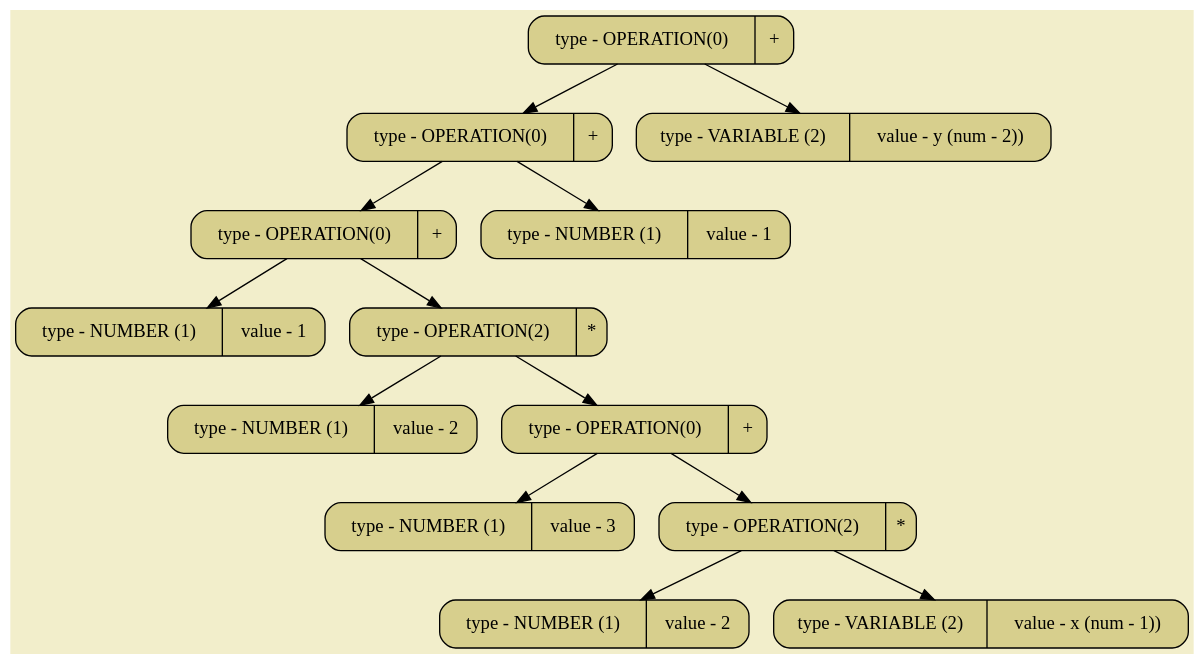
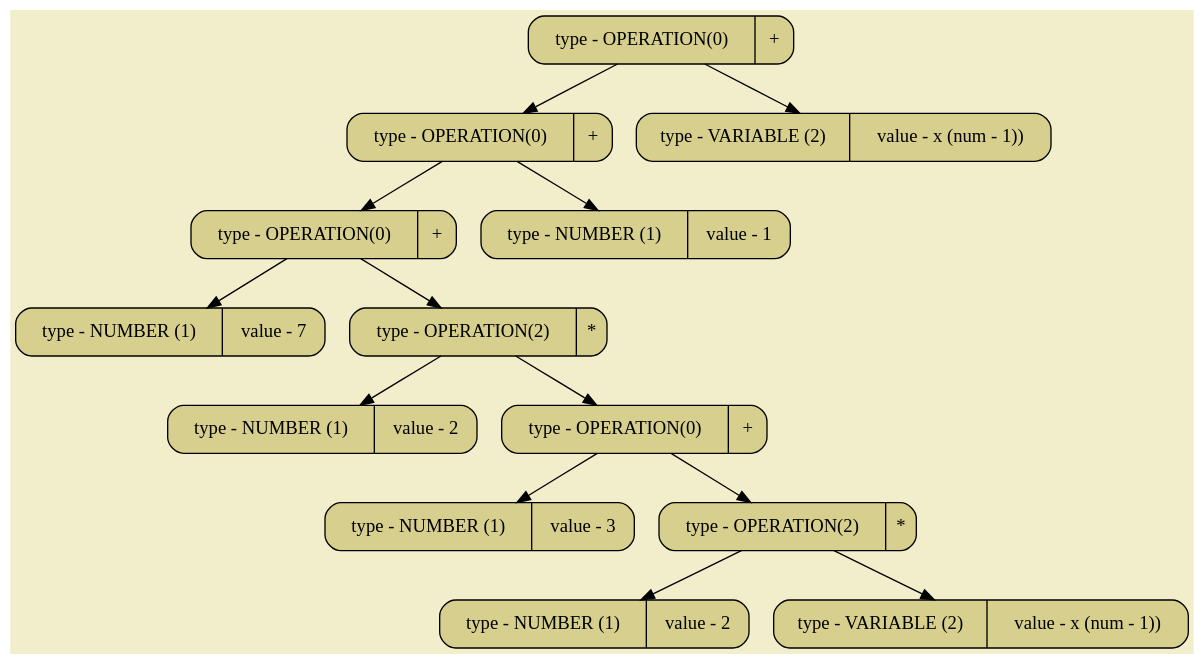
The diagram in pictures/image02.dot (SashaKhaytina/Differenciator), drawn with Graphviz before and after one commit. The commit also changed 18 other files, not shown here.

```diff
--- a/pictures/image02.dot
+++ b/pictures/image02.dot
@@ -1,30 +1,30 @@
 digraph
 {
 bgcolor="#F2EECB";
 rankdir = TB;
-POINT_0x5fe5ba3a3650[shape=Mrecord, label = "type - OPERATION(0) | +", style="filled",fillcolor="#D7CF8D"]
-POINT_0x5fe5ba3a3610[shape=Mrecord, label = "type - OPERATION(0) | +", style="filled",fillcolor="#D7CF8D"]
-POINT_0x5fe5ba3a35d0[shape=Mrecord, label = "type - OPERATION(0) | +", style="filled",fillcolor="#D7CF8D"]
-POINT_0x5fe5ba3a3490[shape=Mrecord, label = "type - NUMBER (1) | value - 1", style="filled",fillcolor="#D7CF8D"]
-POINT_0x5fe5ba3a35b0[shape=Mrecord, label = "type - OPERATION(2) | *", style="filled",fillcolor="#D7CF8D"]
-POINT_0x5fe5ba3a34b0[shape=Mrecord, label = "type - NUMBER (1) | value - 2", style="filled",fillcolor="#D7CF8D"]
-POINT_0x5fe5ba3a3590[shape=Mrecord, label = "type - OPERATION(0) | +", style="filled",fillcolor="#D7CF8D"]
-POINT_0x5fe5ba3a34d0[shape=Mrecord, label = "type - NUMBER (1) | value - 3", style="filled",fillcolor="#D7CF8D"]
-POINT_0x5fe5ba3a3570[shape=Mrecord, label = "type - OPERATION(2) | *", style="filled",fillcolor="#D7CF8D"]
-POINT_0x5fe5ba3a3530[shape=Mrecord, label = "type - NUMBER (1) | value - 2", style="filled",fillcolor="#D7CF8D"]
-POINT_0x5fe5ba3a3550[shape=Mrecord, label = "type - VARIABLE (2) | value - x (num - 1))", style="filled",fillcolor="#D7CF8D"]
-POINT_0x5fe5ba3a35f0[shape=Mrecord, label = "type - NUMBER (1) | value - 1", style="filled",fillcolor="#D7CF8D"]
-POINT_0x5fe5ba3a3630[shape=Mrecord, label = "type - VARIABLE (2) | value - y (num - 2))", style="filled",fillcolor="#D7CF8D"]
-POINT_0x5fe5ba3a3650 -> POINT_0x5fe5ba3a3610
-POINT_0x5fe5ba3a3650 -> POINT_0x5fe5ba3a3630
-POINT_0x5fe5ba3a3610 -> POINT_0x5fe5ba3a35d0
-POINT_0x5fe5ba3a3610 -> POINT_0x5fe5ba3a35f0
-POINT_0x5fe5ba3a35d0 -> POINT_0x5fe5ba3a3490
-POINT_0x5fe5ba3a35d0 -> POINT_0x5fe5ba3a35b0
-POINT_0x5fe5ba3a35b0 -> POINT_0x5fe5ba3a34b0
-POINT_0x5fe5ba3a35b0 -> POINT_0x5fe5ba3a3590
-POINT_0x5fe5ba3a3590 -> POINT_0x5fe5ba3a34d0
-POINT_0x5fe5ba3a3590 -> POINT_0x5fe5ba3a3570
-POINT_0x5fe5ba3a3570 -> POINT_0x5fe5ba3a3530
-POINT_0x5fe5ba3a3570 -> POINT_0x5fe5ba3a3550
+POINT_0x59bed1ea46e8[shape=Mrecord, label = "type - OPERATION(0) | +", style="filled",fillcolor="#D7CF8D"]
+POINT_0x59bed1ea46b8[shape=Mrecord, label = "type - OPERATION(0) | +", style="filled",fillcolor="#D7CF8D"]
+POINT_0x59bed1ea4568[shape=Mrecord, label = "type - OPERATION(0) | +", style="filled",fillcolor="#D7CF8D"]
+POINT_0x59bed1ea44a8[shape=Mrecord, label = "type - NUMBER (1) | value - 7", style="filled",fillcolor="#D7CF8D"]
+POINT_0x59bed1ea4598[shape=Mrecord, label = "type - OPERATION(2) | *", style="filled",fillcolor="#D7CF8D"]
+POINT_0x59bed1ea4580[shape=Mrecord, label = "type - NUMBER (1) | value - 2", style="filled",fillcolor="#D7CF8D"]
+POINT_0x59bed1ea45e0[shape=Mrecord, label = "type - OPERATION(0) | +", style="filled",fillcolor="#D7CF8D"]
+POINT_0x59bed1ea45c8[shape=Mrecord, label = "type - NUMBER (1) | value - 3", style="filled",fillcolor="#D7CF8D"]
+POINT_0x59bed1ea4670[shape=Mrecord, label = "type - OPERATION(2) | *", style="filled",fillcolor="#D7CF8D"]
+POINT_0x59bed1ea4610[shape=Mrecord, label = "type - NUMBER (1) | value - 2", style="filled",fillcolor="#D7CF8D"]
+POINT_0x59bed1ea4688[shape=Mrecord, label = "type - VARIABLE (2) | value - x (num - 1))", style="filled",fillcolor="#D7CF8D"]
+POINT_0x59bed1ea46d0[shape=Mrecord, label = "type - NUMBER (1) | value - 1", style="filled",fillcolor="#D7CF8D"]
+POINT_0x59bed1ea4700[shape=Mrecord, label = "type - VARIABLE (2) | value - x (num - 1))", style="filled",fillcolor="#D7CF8D"]
+POINT_0x59bed1ea46e8 -> POINT_0x59bed1ea46b8
+POINT_0x59bed1ea46e8 -> POINT_0x59bed1ea4700
+POINT_0x59bed1ea46b8 -> POINT_0x59bed1ea4568
+POINT_0x59bed1ea46b8 -> POINT_0x59bed1ea46d0
+POINT_0x59bed1ea4568 -> POINT_0x59bed1ea44a8
+POINT_0x59bed1ea4568 -> POINT_0x59bed1ea4598
+POINT_0x59bed1ea4598 -> POINT_0x59bed1ea4580
+POINT_0x59bed1ea4598 -> POINT_0x59bed1ea45e0
+POINT_0x59bed1ea45e0 -> POINT_0x59bed1ea45c8
+POINT_0x59bed1ea45e0 -> POINT_0x59bed1ea4670
+POINT_0x59bed1ea4670 -> POINT_0x59bed1ea4610
+POINT_0x59bed1ea4670 -> POINT_0x59bed1ea4688
 }
```
